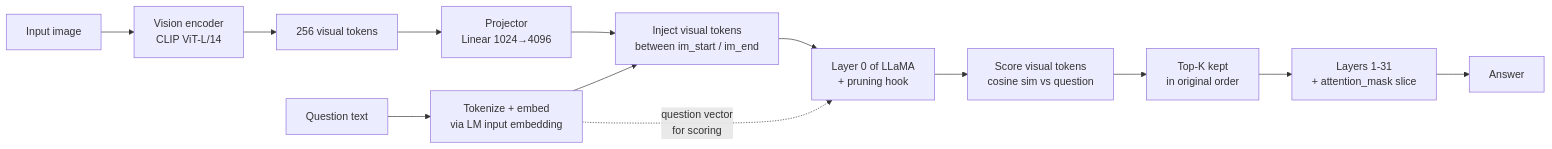
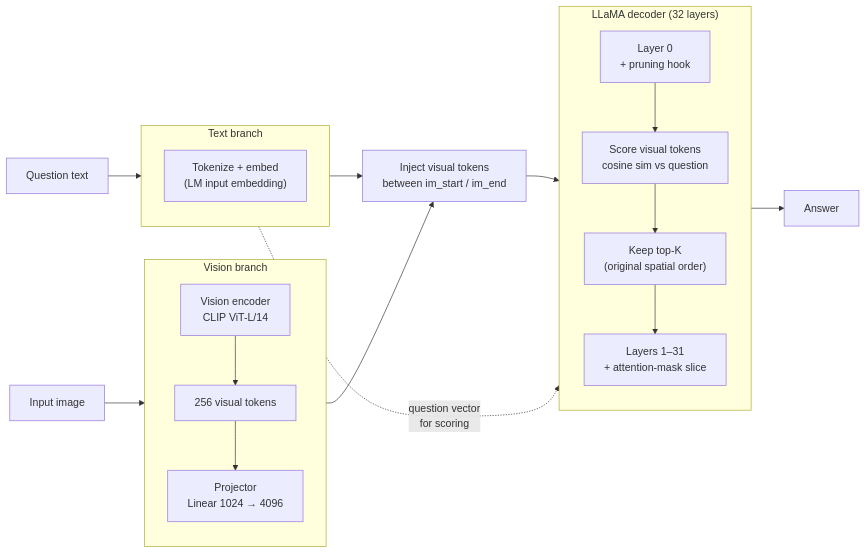
The diagram in docs/project.md (Leokuan0208/question-aware-vtp-medvlm), drawn with Mermaid before and after one commit. The commit also changed other lines of this file and 1 other file, not shown here.

Commit message:
Cleanup: wider content area; project-title styling; expand Related Work table with venues + institutions; restructure Approach diagram

````diff
--- a/docs/project.md
+++ b/docs/project.md
@@ -82,15 +84,39 @@
 ```mermaid
 flowchart LR
-  IMG[Input image] --> VE[Vision encoder<br/>CLIP ViT-L/14]
-  VE --> VT[256 visual tokens]
-  Q[Question text] --> TOK[Tokenize + embed<br/>via LM input embedding]
-  VT --> PROJ[Projector<br/>Linear 1024→4096]
-  PROJ --> EMB[Inject visual tokens<br/>between im_start / im_end]
+  IMG["Input image"]
+  Q["Question text"]
+
+  subgraph VIS["Vision branch"]
+    direction TB
+    VE["Vision encoder<br/>CLIP ViT-L/14"]
+    VT["256 visual tokens"]
+    PROJ["Projector<br/>Linear 1024 → 4096"]
+    VE --> VT --> PROJ
+  end
+
+  subgraph TXT["Text branch"]
+    direction TB
+    TOK["Tokenize + embed<br/>(LM input embedding)"]
+  end
+
+  EMB["Inject visual tokens<br/>between im_start / im_end"]
+
+  subgraph LLM["LLaMA decoder (32 layers)"]
+    direction TB
+    L0["Layer 0<br/>+ pruning hook"]
+    SCORE["Score visual tokens<br/>cosine sim vs question"]
+    KEEP["Keep top-K<br/>(original spatial order)"]
+    L1["Layers 1–31<br/>+ attention-mask slice"]
+    L0 --> SCORE --> KEEP --> L1
+  end
+
+  ANS["Answer"]
+
+  IMG --> VE
+  Q --> TOK
+  PROJ --> EMB
   TOK --> EMB
-  EMB --> L0[Layer 0 of LLaMA<br/>+ pruning hook]
-  TOK -.->|question vector<br/>for scoring| L0
-  L0 --> SCORE[Score visual tokens<br/>cosine sim vs question]
-  SCORE --> KEEP[Top-K kept<br/>in original order]
-  KEEP --> L1[Layers 1-31<br/>+ attention_mask slice]
-  L1 --> ANS[Answer]
+  EMB --> L0
+  TOK -. "question vector<br/>for scoring" .-> SCORE
+  L1 --> ANS
 ```
````
